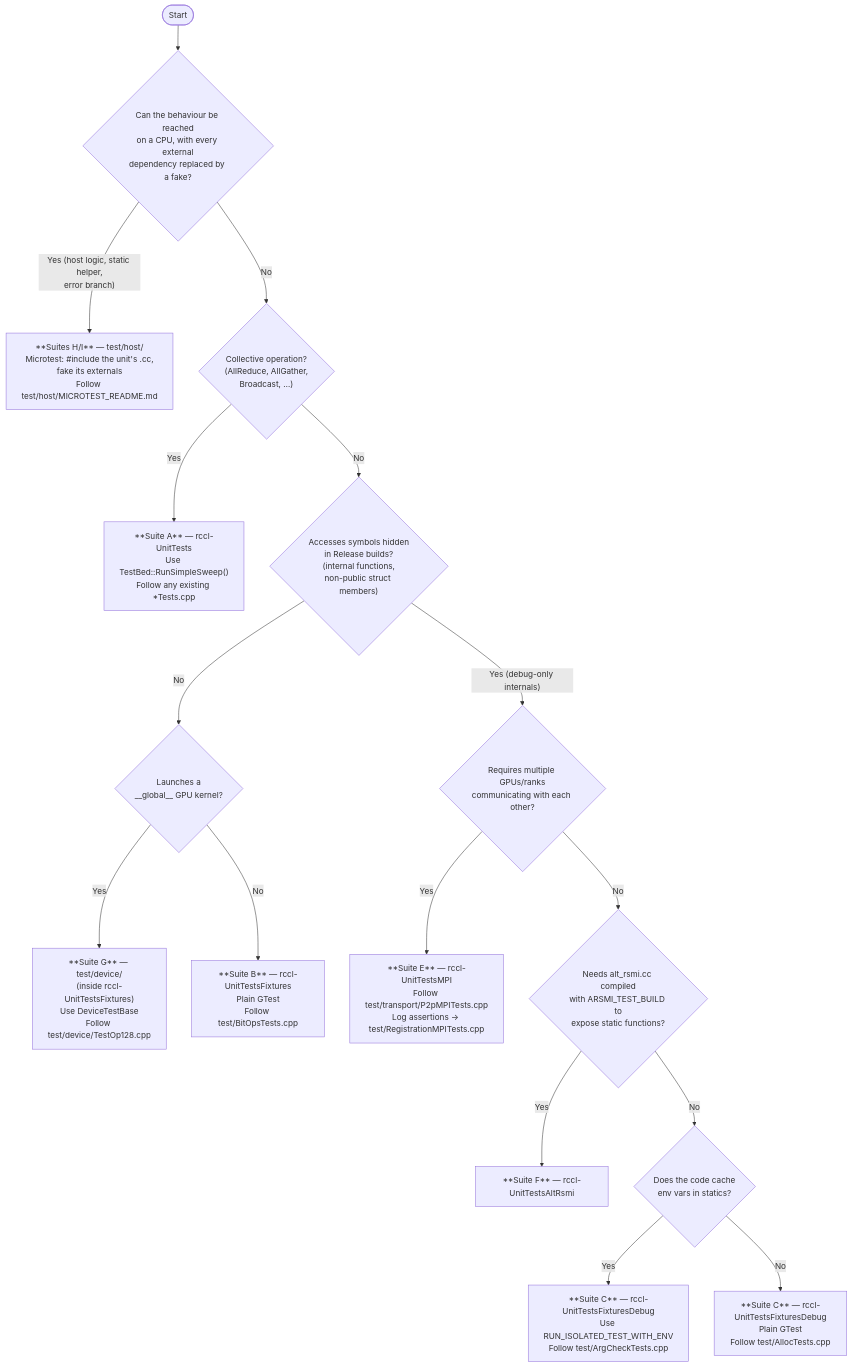
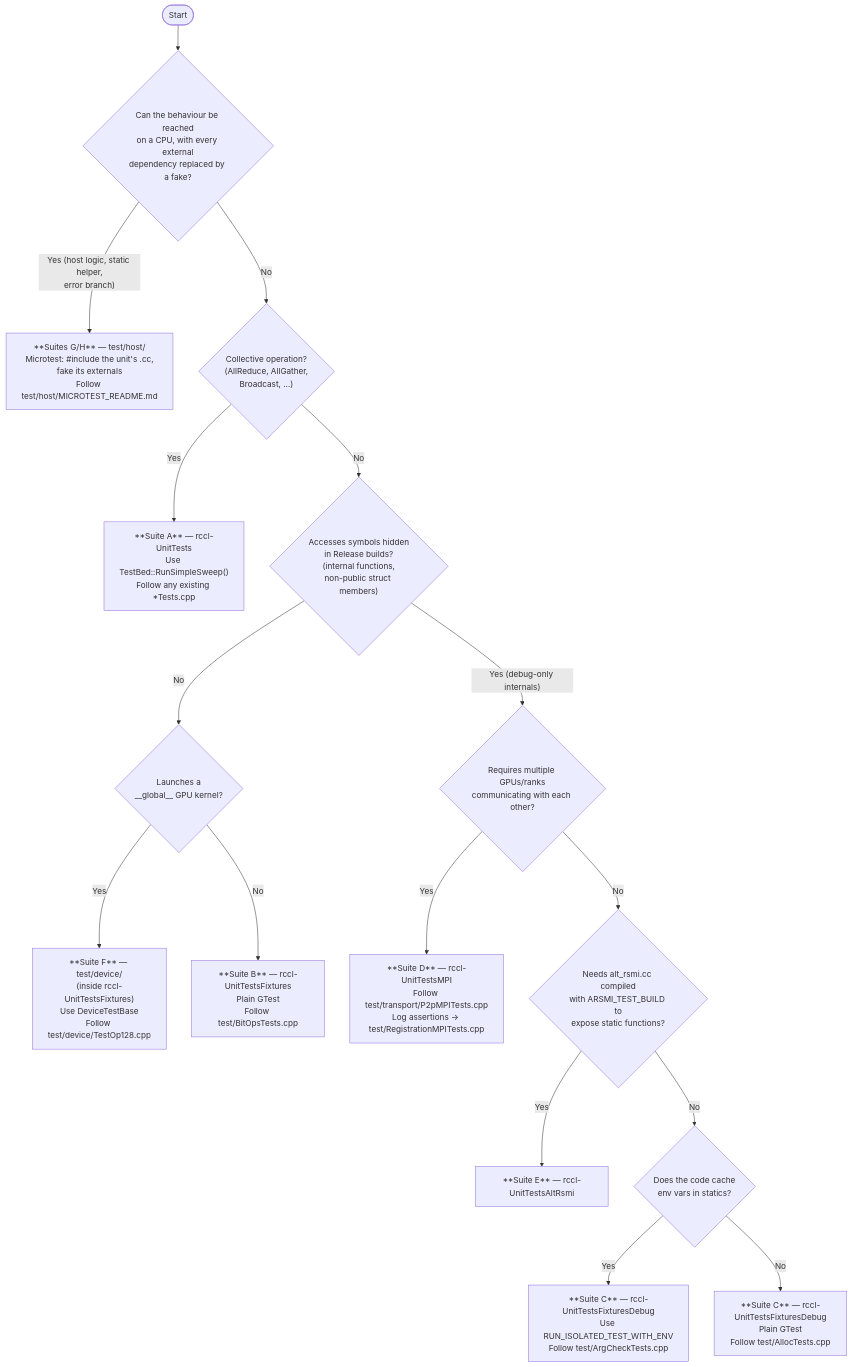
The diagram in projects/rccl/TESTING.md (ROCm/rocm-systems), drawn with Mermaid before and after one commit. The commit also changed other lines of this file, not shown here.

````diff
--- a/projects/rccl/TESTING.md
+++ b/projects/rccl/TESTING.md
@@ -703,29 +703,29 @@
 ```mermaid
 flowchart TD
-    A([Start]) --> H{"Can the behaviour be reached\non a CPU, with every external\ndependency replaced by a fake?"}
+    A([Start]) --> Q1{"Can the behaviour be reached\non a CPU, with every external\ndependency replaced by a fake?"}
 
-    H -- "Yes (host logic, static helper,\nerror branch)" --> SH["**Suites H/I** — test/host/\nMicrotest: #include the unit's .cc,\nfake its externals\nFollow test/host/MICROTEST_README.md"]
+    Q1 -- "Yes (host logic, static helper,\nerror branch)" --> SGH["**Suites G/H** — test/host/\nMicrotest: #include the unit's .cc,\nfake its externals\nFollow test/host/MICROTEST_README.md"]
 
-    H -- No --> B{"Collective operation?\n(AllReduce, AllGather,\nBroadcast, …)"}
+    Q1 -- No --> Q2{"Collective operation?\n(AllReduce, AllGather,\nBroadcast, …)"}
 
-    B -- Yes --> SA["**Suite A** — rccl-UnitTests\nUse TestBed::RunSimpleSweep()\nFollow any existing *Tests.cpp"]
+    Q2 -- Yes --> SA["**Suite A** — rccl-UnitTests\nUse TestBed::RunSimpleSweep()\nFollow any existing *Tests.cpp"]
 
-    B -- No --> C{"Accesses symbols hidden\nin Release builds?\n(internal functions,\nnon-public struct members)"}
+    Q2 -- No --> Q3{"Accesses symbols hidden\nin Release builds?\n(internal functions,\nnon-public struct members)"}
 
-    C -- No --> D{"Launches a\n__global__ GPU kernel?"}
-    D -- Yes --> SG["**Suite G** — test/device/\n(inside rccl-UnitTestsFixtures)\nUse DeviceTestBase\nFollow test/device/TestOp128.cpp"]
-    D -- No --> SB["**Suite B** — rccl-UnitTestsFixtures\nPlain GTest\nFollow test/BitOpsTests.cpp"]
+    Q3 -- No --> Q4{"Launches a\n__global__ GPU kernel?"}
+    Q4 -- Yes --> SF["**Suite F** — test/device/\n(inside rccl-UnitTestsFixtures)\nUse DeviceTestBase\nFollow test/device/TestOp128.cpp"]
+    Q4 -- No --> SB["**Suite B** — rccl-UnitTestsFixtures\nPlain GTest\nFollow test/BitOpsTests.cpp"]
 
-    C -- "Yes (debug-only internals)" --> E{"Requires multiple GPUs/ranks\ncommunicating with each other?"}
+    Q3 -- "Yes (debug-only internals)" --> Q5{"Requires multiple GPUs/ranks\ncommunicating with each other?"}
 
-    E -- Yes --> SE["**Suite E** — rccl-UnitTestsMPI\nFollow test/transport/P2pMPITests.cpp\nLog assertions → test/RegistrationMPITests.cpp"]
+    Q5 -- Yes --> SD["**Suite D** — rccl-UnitTestsMPI\nFollow test/transport/P2pMPITests.cpp\nLog assertions → test/RegistrationMPITests.cpp"]
 
-    E -- No --> F{"Needs alt_rsmi.cc compiled\nwith ARSMI_TEST_BUILD to\nexpose static functions?"}
+    Q5 -- No --> Q6{"Needs alt_rsmi.cc compiled\nwith ARSMI_TEST_BUILD to\nexpose static functions?"}
 
-    F -- Yes --> SF["**Suite F** — rccl-UnitTestsAltRsmi"]
+    Q6 -- Yes --> SE["**Suite E** — rccl-UnitTestsAltRsmi"]
 
-    F -- No --> G{"Does the code cache\nenv vars in statics?"}
+    Q6 -- No --> Q7{"Does the code cache\nenv vars in statics?"}
 
-    G -- Yes --> SC_env["**Suite C** — rccl-UnitTestsFixturesDebug\nUse RUN_ISOLATED_TEST_WITH_ENV\nFollow test/ArgCheckTests.cpp"]
-    G -- No --> SC_plain["**Suite C** — rccl-UnitTestsFixturesDebug\nPlain GTest\nFollow test/AllocTests.cpp"]
+    Q7 -- Yes --> SC_env["**Suite C** — rccl-UnitTestsFixturesDebug\nUse RUN_ISOLATED_TEST_WITH_ENV\nFollow test/ArgCheckTests.cpp"]
+    Q7 -- No --> SC_plain["**Suite C** — rccl-UnitTestsFixturesDebug\nPlain GTest\nFollow test/AllocTests.cpp"]
 ```
````
